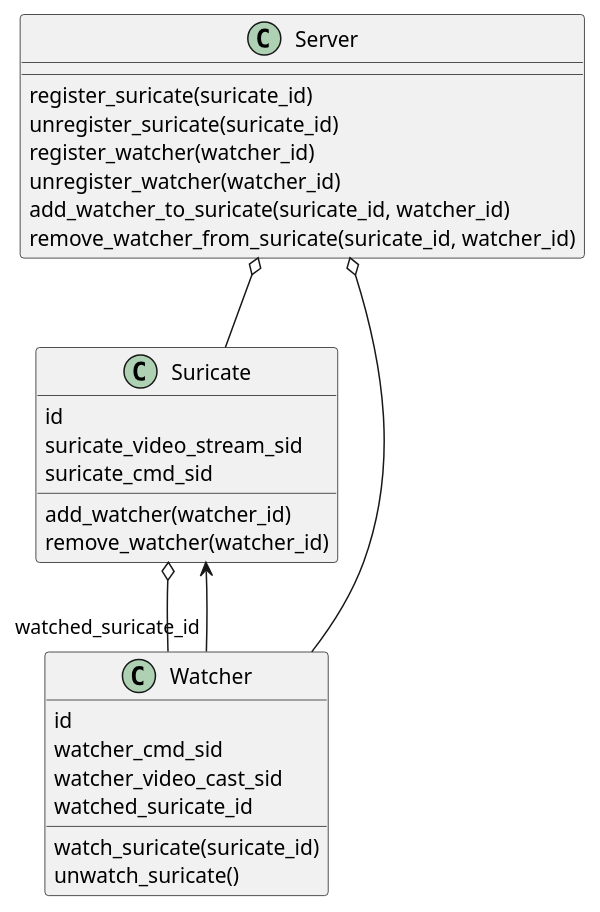
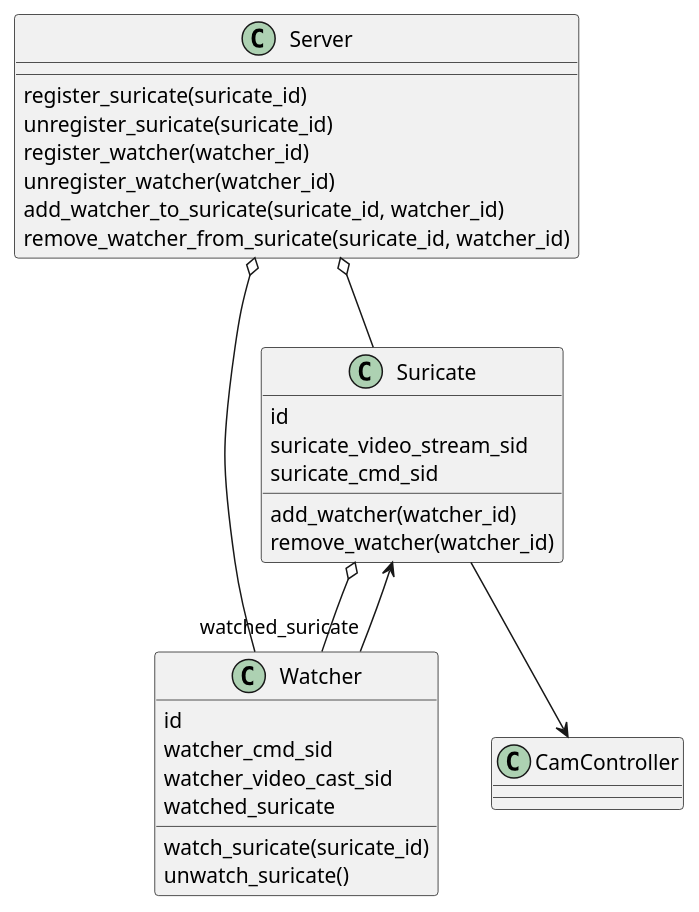
Before and after one commit to dkleinbe/suricatewatcher_server: the diagram in doc/class.puml, drawn with PlantUML. The commit also changed 4 other files, not shown here.

```diff
--- a/doc/class.puml
+++ b/doc/class.puml
@@ -1,41 +1,42 @@
 @startuml classdiag
 
 class Server {
 
-    register_suricate(suricate_id)
-    unregister_suricate(suricate_id)
-    register_watcher(watcher_id)
-    unregister_watcher(watcher_id)
-    add_watcher_to_suricate(suricate_id, watcher_id)
-    remove_watcher_from_suricate(suricate_id, watcher_id)
+  register_suricate(suricate_id)
+  unregister_suricate(suricate_id)
+  register_watcher(watcher_id)
+  unregister_watcher(watcher_id)
+  add_watcher_to_suricate(suricate_id, watcher_id)
+  remove_watcher_from_suricate(suricate_id, watcher_id)
 }
 
-  class Suricate {
+class Suricate {
 
-    id
-    suricate_video_stream_sid
-    suricate_cmd_sid
-    
-    add_watcher(watcher_id)
-    remove_watcher(watcher_id)
+  id
+  suricate_video_stream_sid
+  suricate_cmd_sid
+  
+  add_watcher(watcher_id)
+  remove_watcher(watcher_id)
 
 }
 
-  class Watcher {
+class Watcher {
 
-    id
-    watcher_cmd_sid
-    watcher_video_cast_sid
-    watched_suricate_id
+  id
+  watcher_cmd_sid
+  watcher_video_cast_sid
+  watched_suricate
 
-    watch_suricate(suricate_id)
-    unwatch_suricate()
+  watch_suricate(suricate_id)
+  unwatch_suricate()
 
 }
 
 Server o-- Suricate
 Server o-- Watcher
-Watcher "watched_suricate_id" --> Suricate
+Watcher "watched_suricate" --> Suricate
 Suricate o-- Watcher
+Suricate --> CamController
 
 @enduml
```
